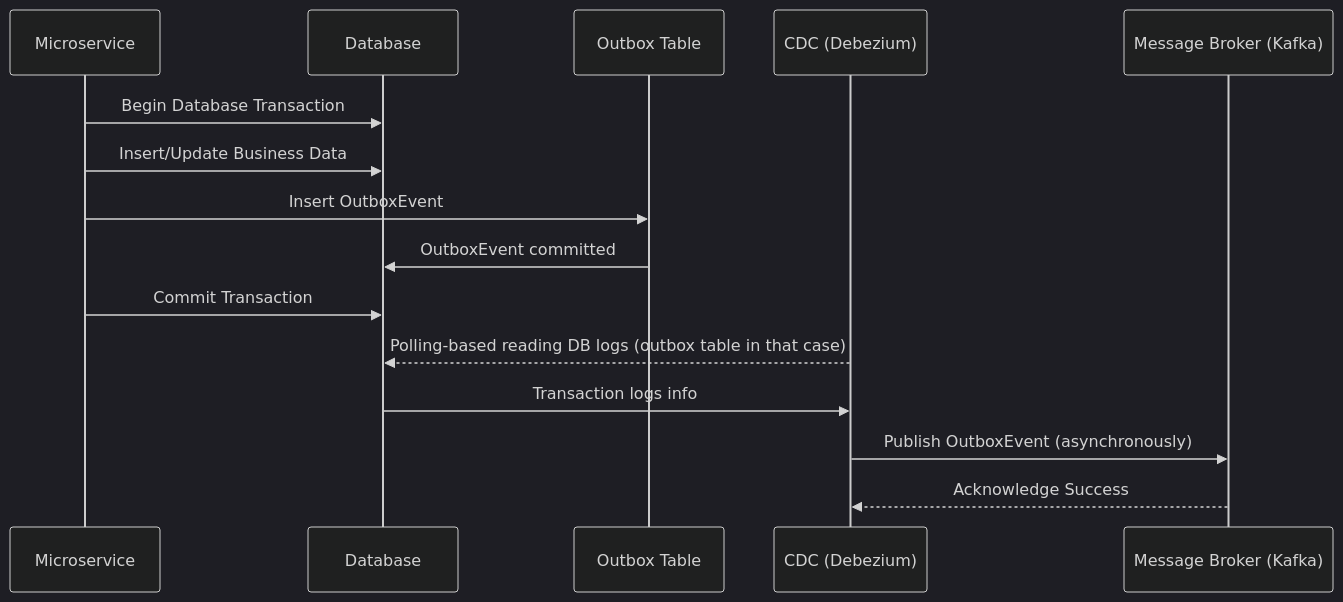
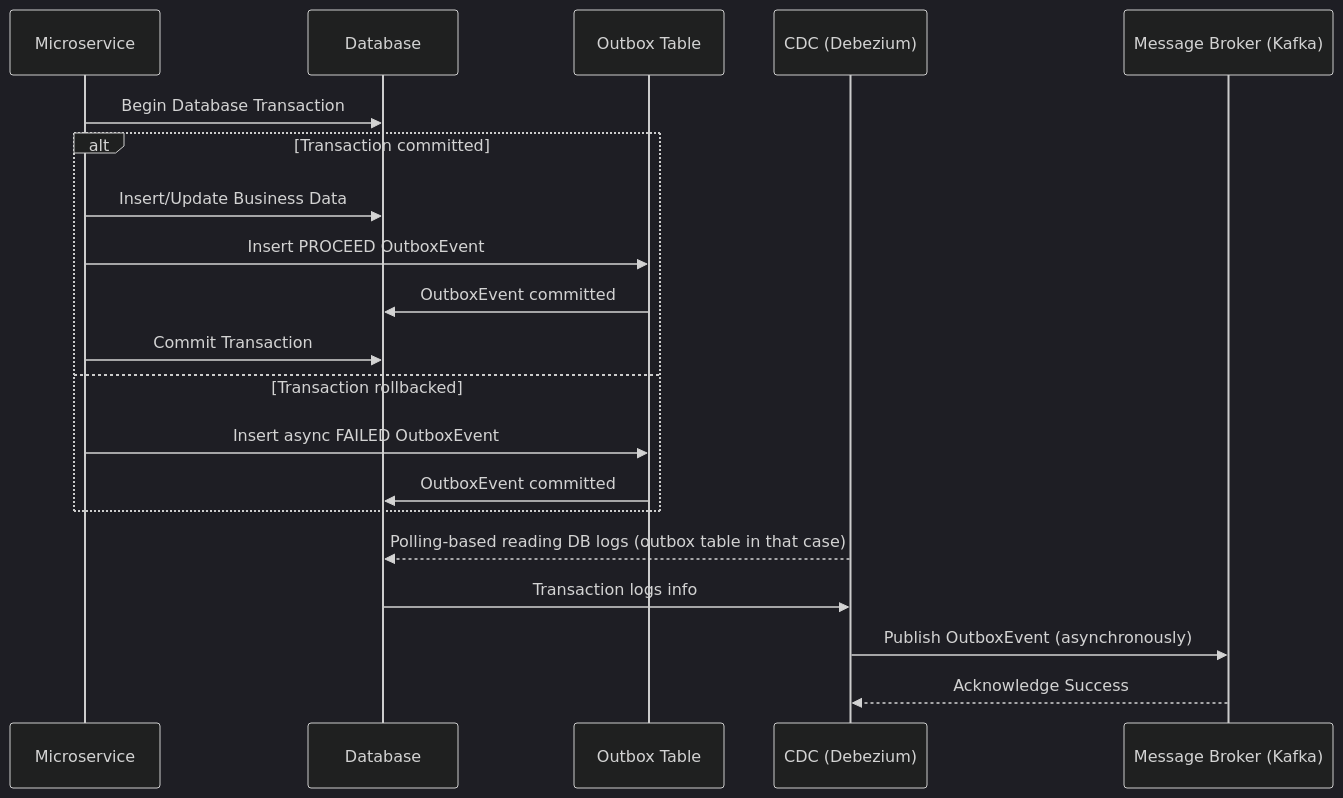
The diagram in README.md (Metelyoff/micro-ecommerce), drawn with Mermaid (dark theme) before and after one commit.

Commit message:
Add usage description

````diff
--- a/README.md
+++ b/README.md
@@ -123,18 +123,23 @@
 ```mermaid
 sequenceDiagram
    participant Service as Microservice
    participant DB as Database
    participant Outbox as Outbox Table
    participant CDC as CDC (Debezium)
    participant Broker as Message Broker (Kafka)
 
    Service->>DB: Begin Database Transaction
-   Service->>DB: Insert/Update Business Data
-   Service->>Outbox: Insert OutboxEvent
-   Outbox->>DB: OutboxEvent committed
-   Service->>DB: Commit Transaction
+   alt Transaction committed
+      Service->>DB: Insert/Update Business Data
+      Service->>Outbox: Insert PROCEED OutboxEvent
+      Outbox->>DB: OutboxEvent committed
+      Service->>DB: Commit Transaction
+   else Transaction rollbacked
+      Service->>Outbox: Insert async FAILED OutboxEvent
+      Outbox->>DB: OutboxEvent committed
+   end
    CDC-->>DB: Polling-based reading DB logs (outbox table in that case)
    DB->>CDC: Transaction logs info
    CDC->>Broker: Publish OutboxEvent (asynchronously)
    Broker-->>CDC: Acknowledge Success
 ```
````
